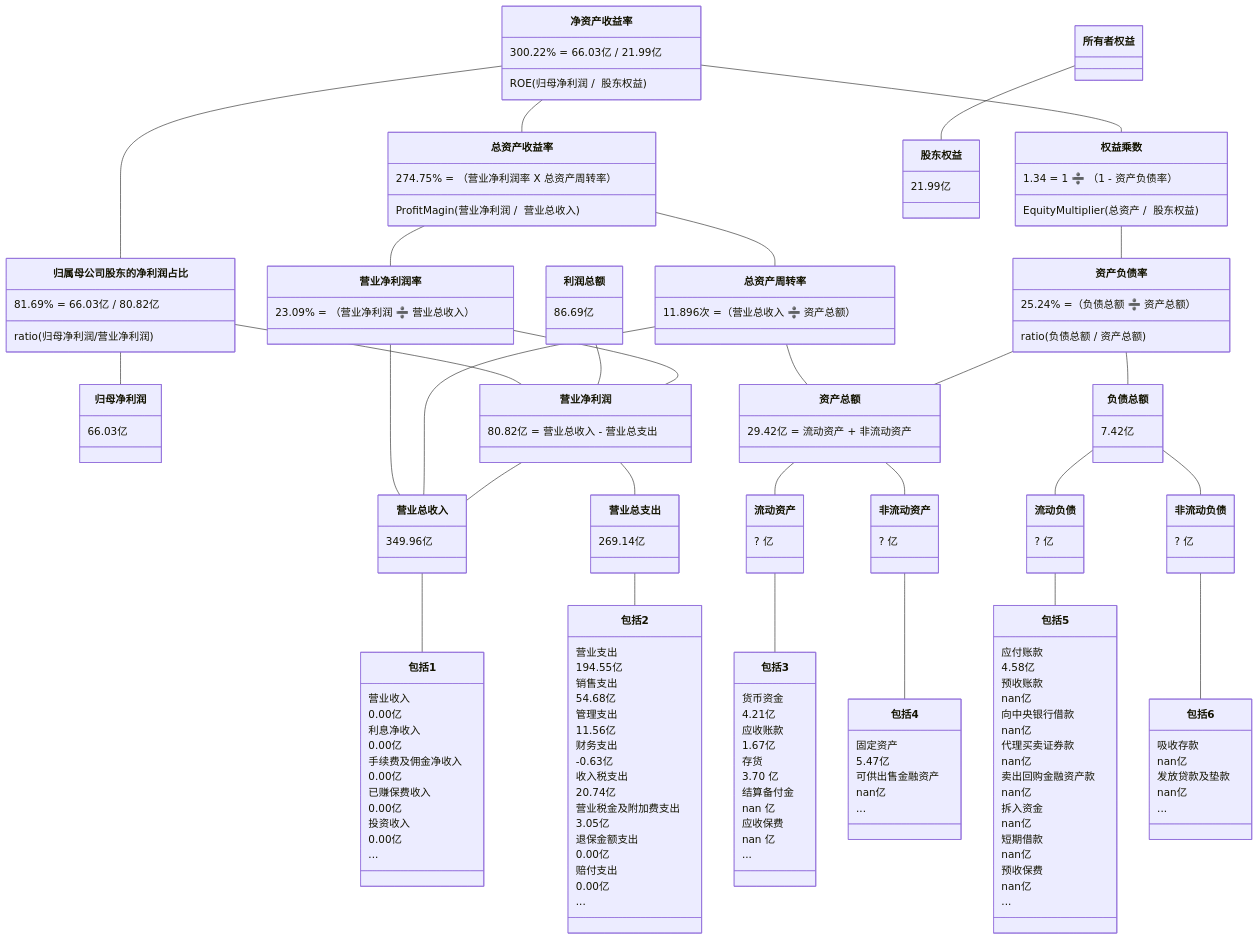
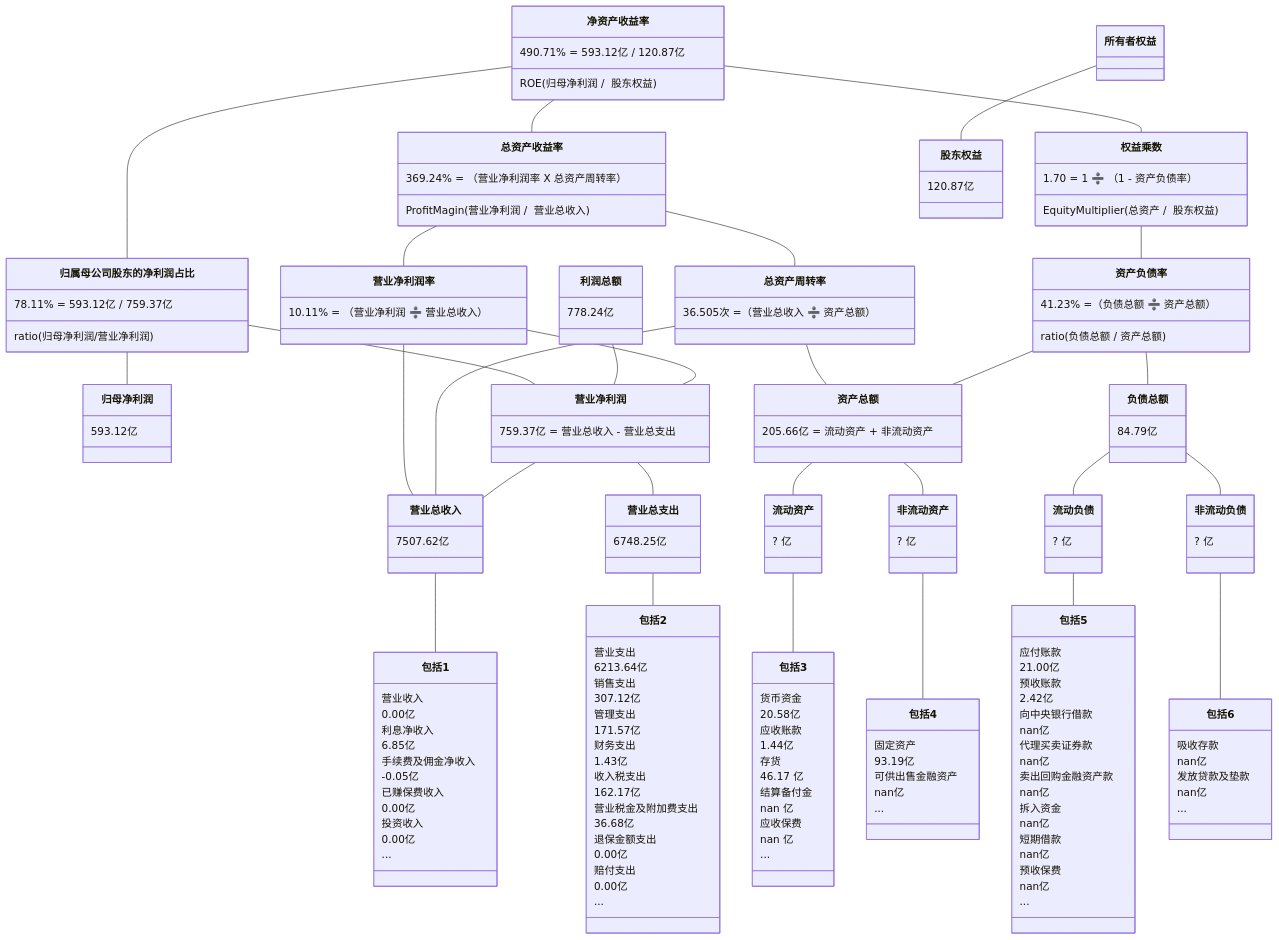
One commit to TheVeryDarkness/cs410 changed the first of 10 diagrams in 2/2.md. Above: the diagram before and after it, drawn with Mermaid. The commit also changed other lines of this file and 53 other files, not shown here.

````diff
--- a/2/2.md
+++ b/2/2.md
@@ -33,45 +45,45 @@
 ```mermaid
 classDiagram
 净资产收益率 -- 总资产收益率
-    净资产收益率 : 300.22% = 66.03亿 / 21.99亿
+    净资产收益率 : 490.71% = 593.12亿 / 120.87亿
     净资产收益率 : ROE(归母净利润 /  股东权益)
-    总资产收益率 : 274.75% = （营业净利润率 X 总资产周转率）
+    总资产收益率 : 369.24% = （营业净利润率 X 总资产周转率）
     总资产收益率 : ProfitMagin(营业净利润 /  营业总收入)
 净资产收益率 -- 归属母公司股东的净利润占比
-	  归属母公司股东的净利润占比 : 81.69% = 66.03亿 / 80.82亿
+	  归属母公司股东的净利润占比 : 78.11% = 593.12亿 / 759.37亿
 	  归属母公司股东的净利润占比 : ratio(归母净利润/营业净利润)
 归属母公司股东的净利润占比 -- 归母净利润
-    归母净利润 : 66.03亿
+    归母净利润 : 593.12亿
 归属母公司股东的净利润占比 -- 营业净利润
-利润总额 : 86.69亿
+利润总额 : 778.24亿
 利润总额 -- 营业净利润
 净资产收益率 -- 权益乘数
-    权益乘数 : 1.34 = 1 ➗ （1 - 资产负债率）
+    权益乘数 : 1.70 = 1 ➗ （1 - 资产负债率）
     权益乘数 : EquityMultiplier(总资产 /  股东权益)
 
 总资产收益率 -- 营业净利润率
-    营业净利润率 : 23.09% = （营业净利润 ➗ 营业总收入）
+    营业净利润率 : 10.11% = （营业净利润 ➗ 营业总收入）
 总资产收益率 -- 总资产周转率
-    总资产周转率 : 11.896次 =（营业总收入 ➗ 资产总额）
+    总资产周转率 : 36.505次 =（营业总收入 ➗ 资产总额）
 权益乘数 -- 资产负债率
-    资产负债率  : 25.24% =（负债总额 ➗ 资产总额）
+    资产负债率  : 41.23% =（负债总额 ➗ 资产总额）
     资产负债率  : ratio(负债总额 / 资产总额)
 
 营业净利润率 -- 营业净利润
-    营业净利润 : 80.82亿 = 营业总收入 - 营业总支出
+    营业净利润 : 759.37亿 = 营业总收入 - 营业总支出
 营业净利润率 -- 营业总收入
 总资产周转率 -- 营业总收入
 总资产周转率 -- 资产总额
-    资产总额 : 29.42亿 = 流动资产 + 非流动资产
+    资产总额 : 205.66亿 = 流动资产 + 非流动资产
 资产负债率 -- 负债总额
-    负债总额 : 7.42亿
+    负债总额 : 84.79亿
 资产负债率 -- 资产总额
 
 
 营业净利润 -- 营业总收入
-    营业总收入 : 349.96亿
+    营业总收入 : 7507.62亿
 营业净利润 -- 营业总支出
-    营业总支出 : 269.14亿
+    营业总支出 : 6748.25亿
 资产总额 -- 流动资产
 	  流动资产 : ? 亿
 资产总额 -- 非流动资产
@@ -85,9 +97,9 @@
     包括1 : 营业收入
     包括1 : 0.00亿
     包括1 : 利息净收入
-    包括1 : 0.00亿
+    包括1 : 6.85亿
     包括1 : 手续费及佣金净收入
-    包括1 : 0.00亿
+    包括1 : -0.05亿
     包括1 : 已赚保费收入
     包括1 : 0.00亿
     包括1 : 投资收入
@@ -95,17 +107,17 @@
     包括1 : ...
 营业总支出 -- 包括2
     包括2 : 营业支出
-    包括2 : 194.55亿
+    包括2 : 6213.64亿
     包括2 : 销售支出
-    包括2 : 54.68亿
+    包括2 : 307.12亿
     包括2 : 管理支出
-    包括2 : 11.56亿
+    包括2 : 171.57亿
     包括2 : 财务支出
-    包括2 : -0.63亿
+    包括2 : 1.43亿
     包括2 : 收入税支出
-    包括2 : 20.74亿
+    包括2 : 162.17亿
     包括2 : 营业税金及附加费支出
-    包括2 : 3.05亿
+    包括2 : 36.68亿
     包括2 : 退保金额支出
     包括2 : 0.00亿
     包括2 : 赔付支出
@@ -113,11 +125,11 @@
     包括2 : ...
 流动资产 -- 包括3
     包括3 : 货币资金
-    包括3 : 4.21亿
+    包括3 : 20.58亿
     包括3 : 应收账款
-    包括3 : 1.67亿
+    包括3 : 1.44亿
     包括3 : 存货
-    包括3 : 3.70 亿
+    包括3 : 46.17 亿
     包括3 : 结算备付金
     包括3 : nan 亿
     包括3 : 应收保费
@@ -125,15 +137,15 @@
     包括3 : ...
 非流动资产 -- 包括4
     包括4 : 固定资产
-    包括4 : 5.47亿
+    包括4 : 93.19亿
     包括4 : 可供出售金融资产
     包括4 : nan亿
     包括4 : ...
 流动负债 -- 包括5
     包括5 : 应付账款
-    包括5 : 4.58亿
+    包括5 : 21.00亿
     包括5 : 预收账款
-    包括5 : nan亿
+    包括5 : 2.42亿
     包括5 : 向中央银行借款
     包括5 : nan亿
     包括5 : 代理买卖证券款
@@ -154,5 +166,5 @@
     包括6 : nan亿
     包括6 : ...
 所有者权益 -- 股东权益
-    股东权益 : 21.99亿
+    股东权益 : 120.87亿
 ```
````
